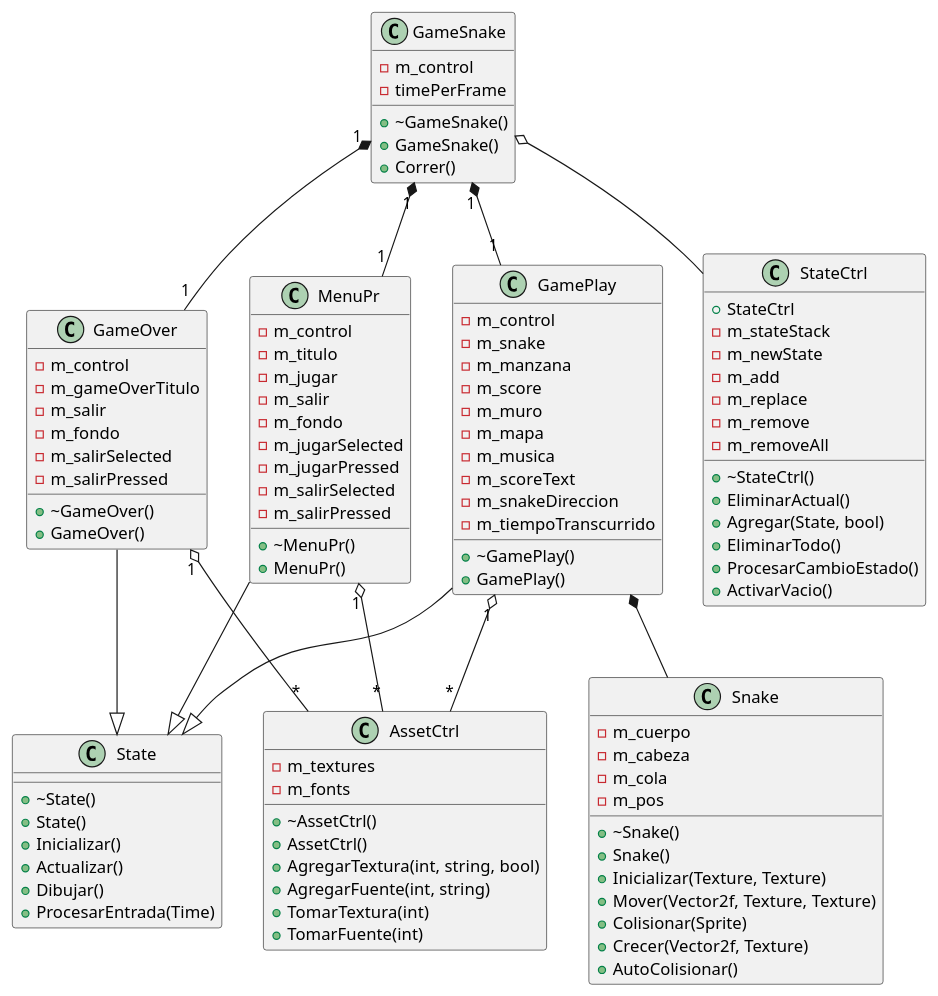
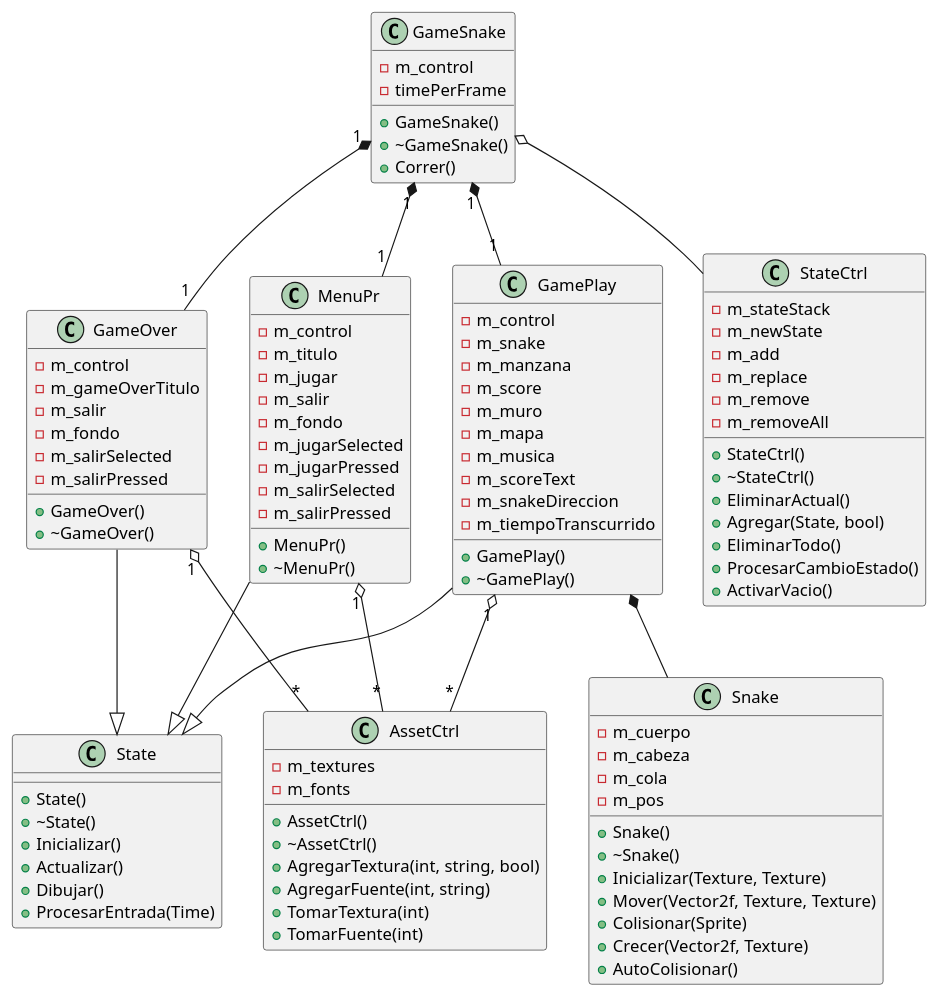
The diagram in docs/snake.puml (AlanDorantes/Snake), drawn with PlantUML before and after one commit. The commit also changed 9 other files, not shown here.

```diff
--- a/docs/snake.puml
+++ b/docs/snake.puml
@@ -1,114 +1,116 @@
 @startuml Snake
 
 class AssetCtrl{
-    +~AssetCtrl()
-    +AssetCtrl()
     -m_textures
     -m_fonts
+    +AssetCtrl()
+    +~AssetCtrl()
     +AgregarTextura(int, string, bool)
     +AgregarFuente(int, string)
     +TomarTextura(int)
     +TomarFuente(int)
-
+    
 }
 
 class GameOver {
-    +~GameOver()
-    +GameOver()
     -m_control
     -m_gameOverTitulo
     -m_salir
     -m_fondo
     -m_salirSelected
     -m_salirPressed
+    +GameOver()
+    +~GameOver()
 }
 
 class GamePlay {
-    +~GamePlay()
-    +GamePlay()
     -m_control
     -m_snake
     -m_manzana
     -m_score
     -m_muro
     -m_mapa
     -m_musica
     -m_scoreText
     -m_snakeDireccion
     -m_tiempoTranscurrido
+    +GamePlay()
+    +~GamePlay()
 }
 
 class GameSnake{
-    +~GameSnake()
-    +GameSnake()
     -m_control
     -timePerFrame
+    +GameSnake()
+    +~GameSnake()
     +Correr()
 }
 
 class MenuPr {
-    +~MenuPr()
-    +MenuPr()
     -m_control
     -m_titulo
     -m_jugar
     -m_salir
     -m_fondo
     -m_jugarSelected
     -m_jugarPressed
     -m_salirSelected
     -m_salirPressed
+    +MenuPr()
+    +~MenuPr()
 }
 
 class Snake{
-    +~Snake()
-    +Snake()
     -m_cuerpo
     -m_cabeza
     -m_cola
     -m_pos
+    +Snake()
+    +~Snake()
     +Inicializar(Texture, Texture)
     +Mover(Vector2f, Texture, Texture)
     +Colisionar(Sprite)
     +Crecer(Vector2f, Texture)
     +AutoColisionar()
 }
 
 class State{
+    +State()
     +~State()
-    +State()
     +Inicializar()
     +Actualizar()
     +Dibujar()
     +ProcesarEntrada(Time)
 }
 
 class StateCtrl{
-    +~StateCtrl()
-    +StateCtrl
+    
+    
     -m_stateStack
     -m_newState
     -m_add
     -m_replace
     -m_remove
     -m_removeAll
+    +StateCtrl()
+    +~StateCtrl()
     +EliminarActual()
     +Agregar(State, bool)
     +EliminarTodo()
     +ProcesarCambioEstado()
     +ActivarVacio()
 }
 
 GameOver --|> State
 GamePlay --|> State
 MenuPr --|> State
 GameSnake "1" *-- "1" GameOver
 GameSnake "1" *-- "1" GamePlay
 GameSnake "1" *-- "1" MenuPr
 GameSnake o-- StateCtrl
 GameOver "1" o-- "*" AssetCtrl
 GamePlay *-- Snake
 GamePlay "1" o-- "*" AssetCtrl
-MenuPr "1" o-- "*" AssetCtrl
+MenuPr "1" o-- "*" AssetCtrl
 
 @enduml
```
